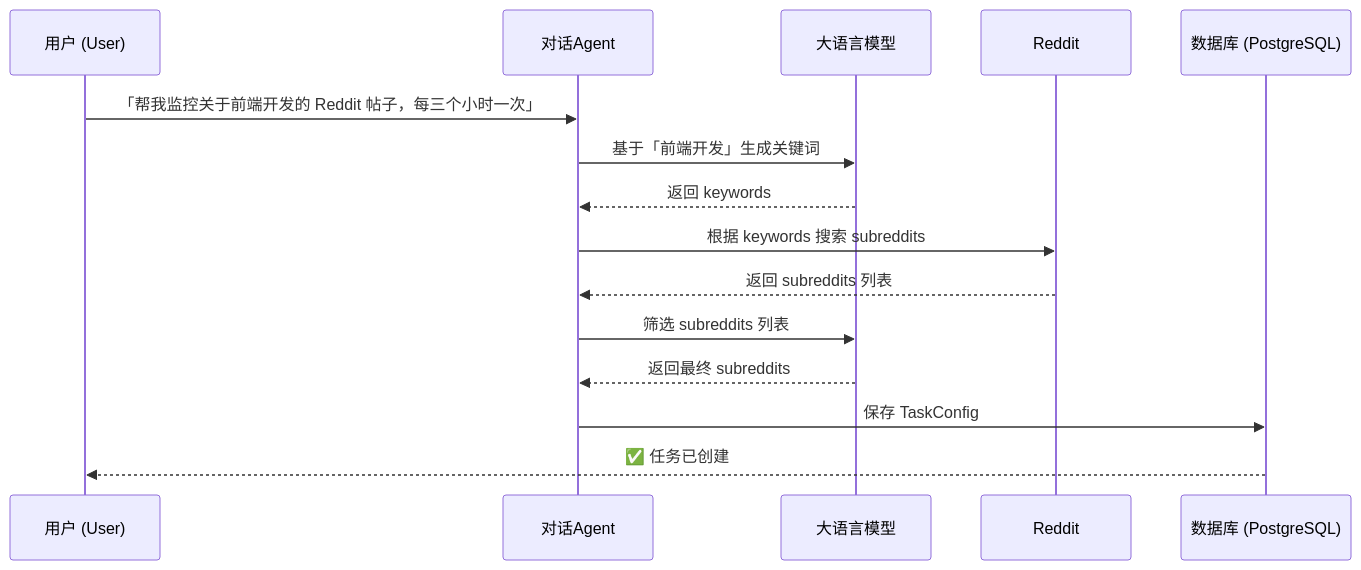
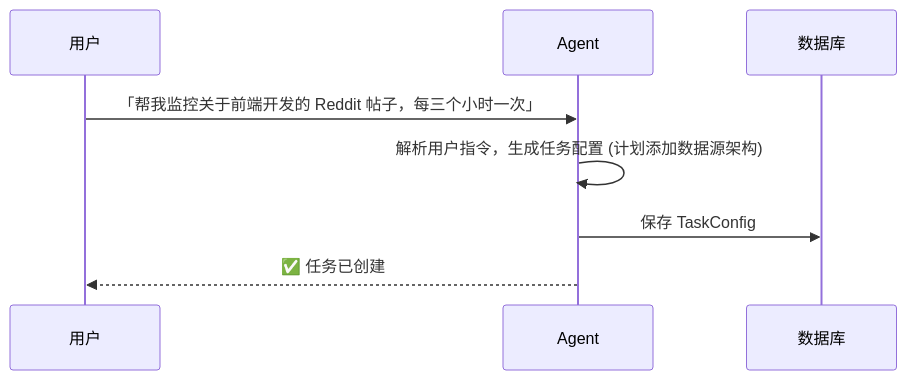
One commit to JinJieBeWater/redgent changed the second of 4 diagrams in README.md. Above: the diagram before and after it, drawn with Mermaid. The commit also changed other lines of this file and 9 other files, not shown here.

````diff
--- a/README.md
+++ b/README.md
@@ -82,18 +102,11 @@
 ```mermaid
 sequenceDiagram
-    participant U as 用户 (User)
-    participant Agent as 对话Agent
-    participant LLM as 大语言模型
-    participant Reddit as Reddit
-    participant DB as 数据库 (PostgreSQL)
+    participant U as 用户
+    participant Agent as Agent
+    participant DB as 数据库
 
     U->>Agent: 「帮我监控关于前端开发的 Reddit 帖子，每三个小时一次」
-    Agent->>LLM: 基于「前端开发」生成关键词
-    LLM-->>Agent: 返回 keywords
-    Agent->>Reddit: 根据 keywords 搜索 subreddits
-    Reddit-->>Agent: 返回 subreddits 列表
-    Agent->>LLM: 筛选 subreddits 列表
-    LLM-->>Agent: 返回最终 subreddits
+    Agent->>Agent: 解析用户指令，生成任务配置 (计划添加数据源架构)
     Agent->>DB: 保存 TaskConfig
-    DB-->>U: ✅ 任务已创建
+    Agent-->>U: ✅ 任务已创建
 ```
````
